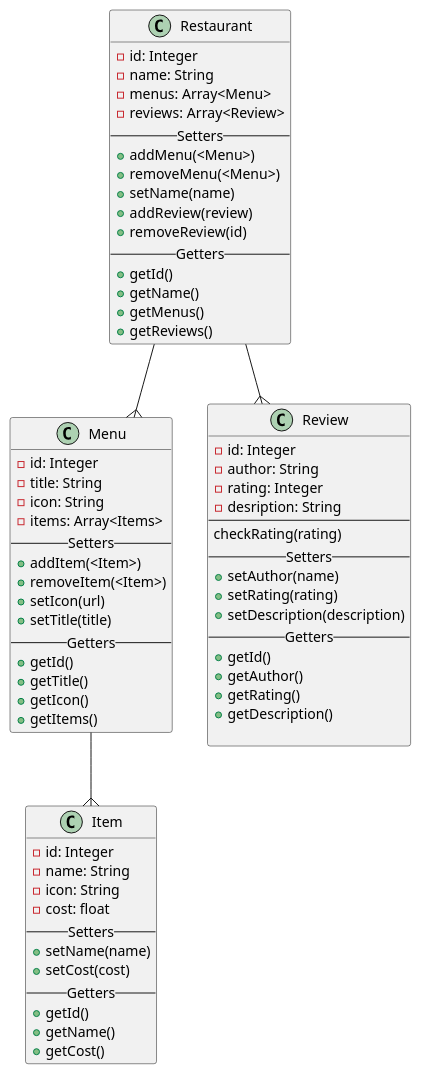
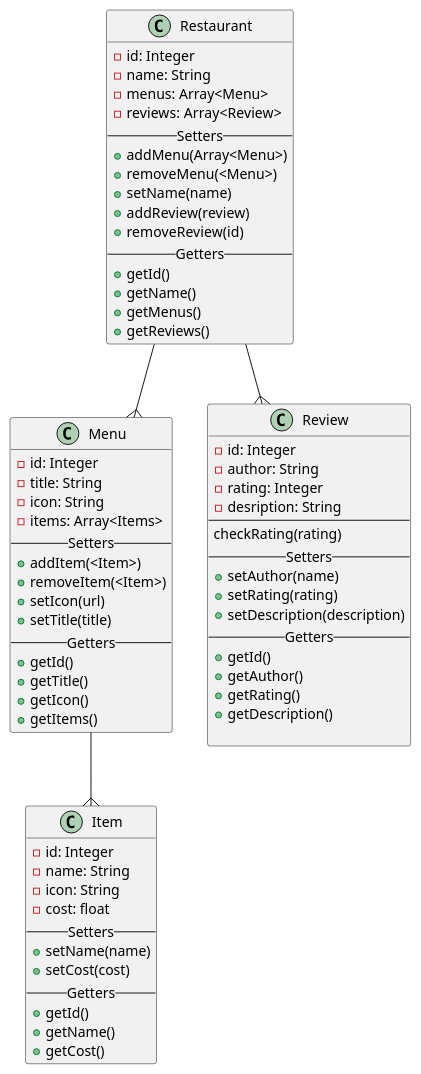
One commit to joshwilson00/restaurant changed the diagram in Restaurant.plantuml. Above: the diagram before and after it, drawn with PlantUML. The commit also changed 2 other files, not shown here.

Commit message:
Updated UML diagram

```diff
--- a/Restaurant.plantuml
+++ b/Restaurant.plantuml
@@ -1,73 +1,73 @@
 @startuml
     class Restaurant {
         - id: Integer
         - name: String
         - menus: Array<Menu>
         - reviews: Array<Review>
         --Setters--
-        + addMenu(<Menu>)
+        + addMenu(Array<Menu>)
         + removeMenu(<Menu>)
         + setName(name)
         + addReview(review)
         + removeReview(id)
         --Getters--
         + getId()
         + getName()
         + getMenus()
         + getReviews()
     }
 
     class Menu{
         - id: Integer
         - title: String
         - icon: String
         - items: Array<Items>
         --Setters--
         + addItem(<Item>)
         + removeItem(<Item>)
         + setIcon(url)
         + setTitle(title)
         --Getters--
         + getId()
         + getTitle()
         + getIcon()
         + getItems()
     }
 
     class Item {
         - id: Integer
         - name: String
         - icon: String
         - cost: float
         --Setters--
         + setName(name)
         + setCost(cost)
         --Getters--
         + getId()
         + getName()
         + getCost()
     }
 
     class Review {
         - id: Integer
         - author: String
         - rating: Integer
         - desription: String
         ---
         checkRating(rating)
         --Setters--
         + setAuthor(name)
         + setRating(rating)
         + setDescription(description)
         --Getters--
         + getId()
         + getAuthor()
         + getRating()
         + getDescription()
 
     }
 
     Restaurant --{ Menu
     Restaurant --{ Review
     Menu --{ Item
 @enduml
```
